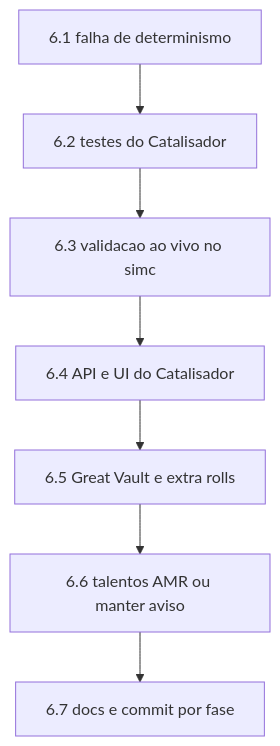
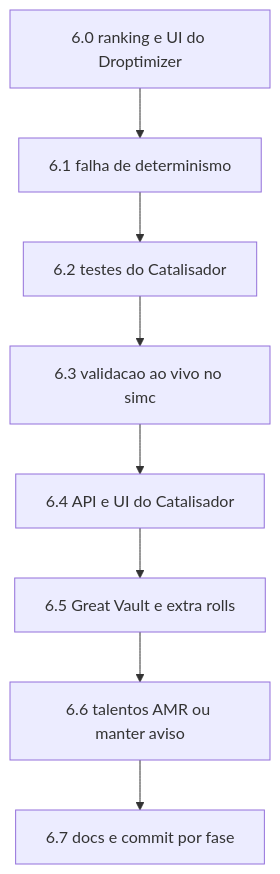
One commit to carlosfylho-hub/WoW-Simulator changed the diagram in docs/PLANO-CONTINUIDADE.md. Above: the diagram before and after it, drawn with Mermaid. The commit also changed other lines of this file and 11 other files, not shown here.

````diff
--- a/docs/PLANO-CONTINUIDADE.md
+++ b/docs/PLANO-CONTINUIDADE.md
@@ -364,9 +467,10 @@
 ```mermaid
 flowchart TD
-  A[6.1 falha de determinismo] --> B[6.2 testes do Catalisador]
+  Z[6.0 ranking e UI do Droptimizer] --> A[6.1 falha de determinismo]
+  A --> B[6.2 testes do Catalisador]
   B --> C[6.3 validacao ao vivo no simc]
   C --> D[6.4 API e UI do Catalisador]
   D --> E[6.5 Great Vault e extra rolls]
   E --> F[6.6 talentos AMR ou manter aviso]
   F --> G[6.7 docs e commit por fase]
 ```
````
